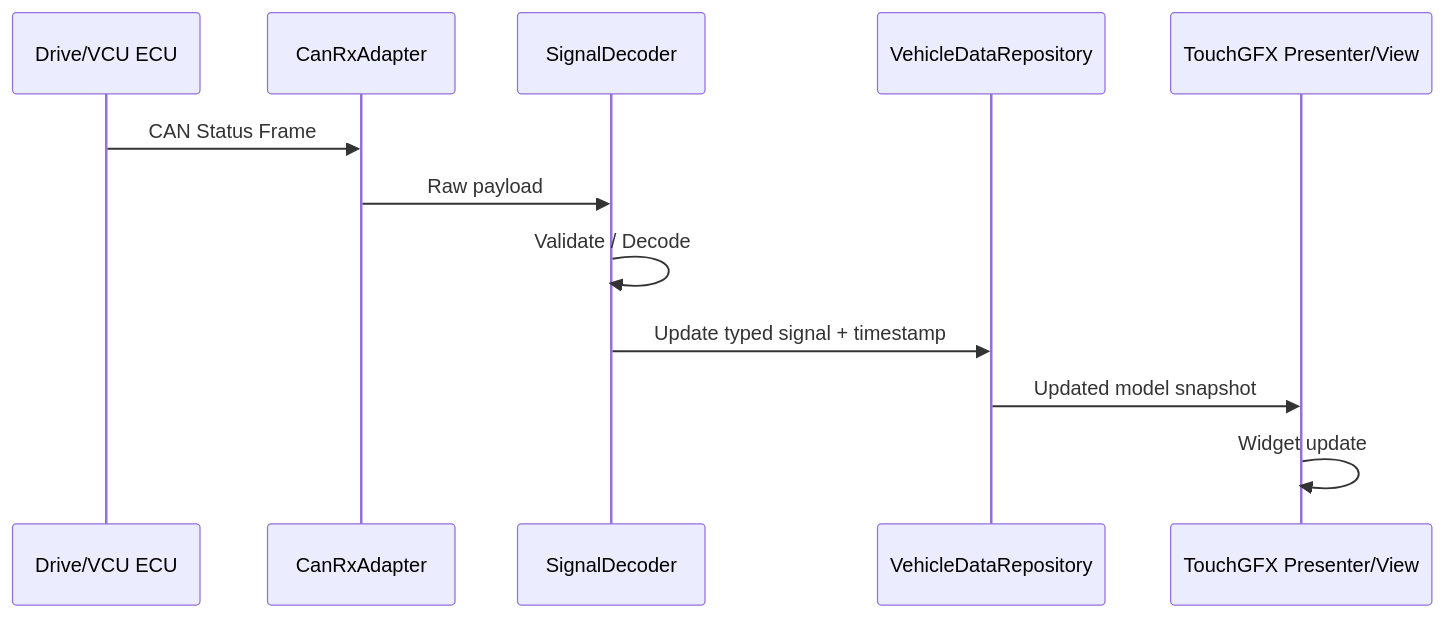
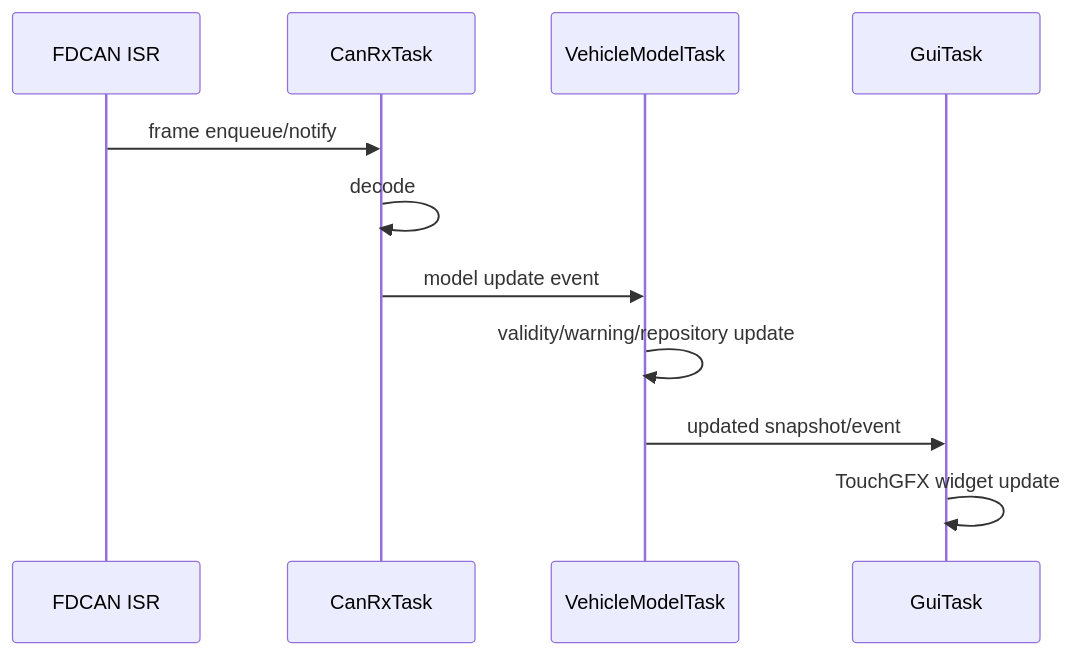
The second of 6 diagrams in docs/IVI/ARCHITECTURE.md (sunmaan22/SDV_MCU_Project), drawn with Mermaid before and after one commit. The commit also changed other lines of this file and 10 other files, not shown here.

Commit message:
docs: apply FreeRTOS architecture policy across active documentation

````diff
--- a/docs/IVI/ARCHITECTURE.md
+++ b/docs/IVI/ARCHITECTURE.md
@@ -217,15 +270,13 @@
 ```mermaid
 sequenceDiagram
-    participant ECU as Drive/VCU ECU
-    participant CAN as CanRxAdapter
-    participant DEC as SignalDecoder
-    participant REP as VehicleDataRepository
-    participant UI as TouchGFX Presenter/View
-
-    ECU->>CAN: CAN Status Frame
-    CAN->>DEC: Raw payload
-    DEC->>DEC: Validate / Decode
-    DEC->>REP: Update typed signal + timestamp
-    REP->>UI: Updated model snapshot
-    UI->>UI: Widget update
+    participant ISR as FDCAN ISR
+    participant RX as CanRxTask
+    participant MODEL as VehicleModelTask
+    participant GUI as GuiTask
+    ISR->>RX: frame enqueue/notify
+    RX->>RX: decode
+    RX->>MODEL: model update event
+    MODEL->>MODEL: validity/warning/repository update
+    MODEL->>GUI: updated snapshot/event
+    GUI->>GUI: TouchGFX widget update
 ```
````
